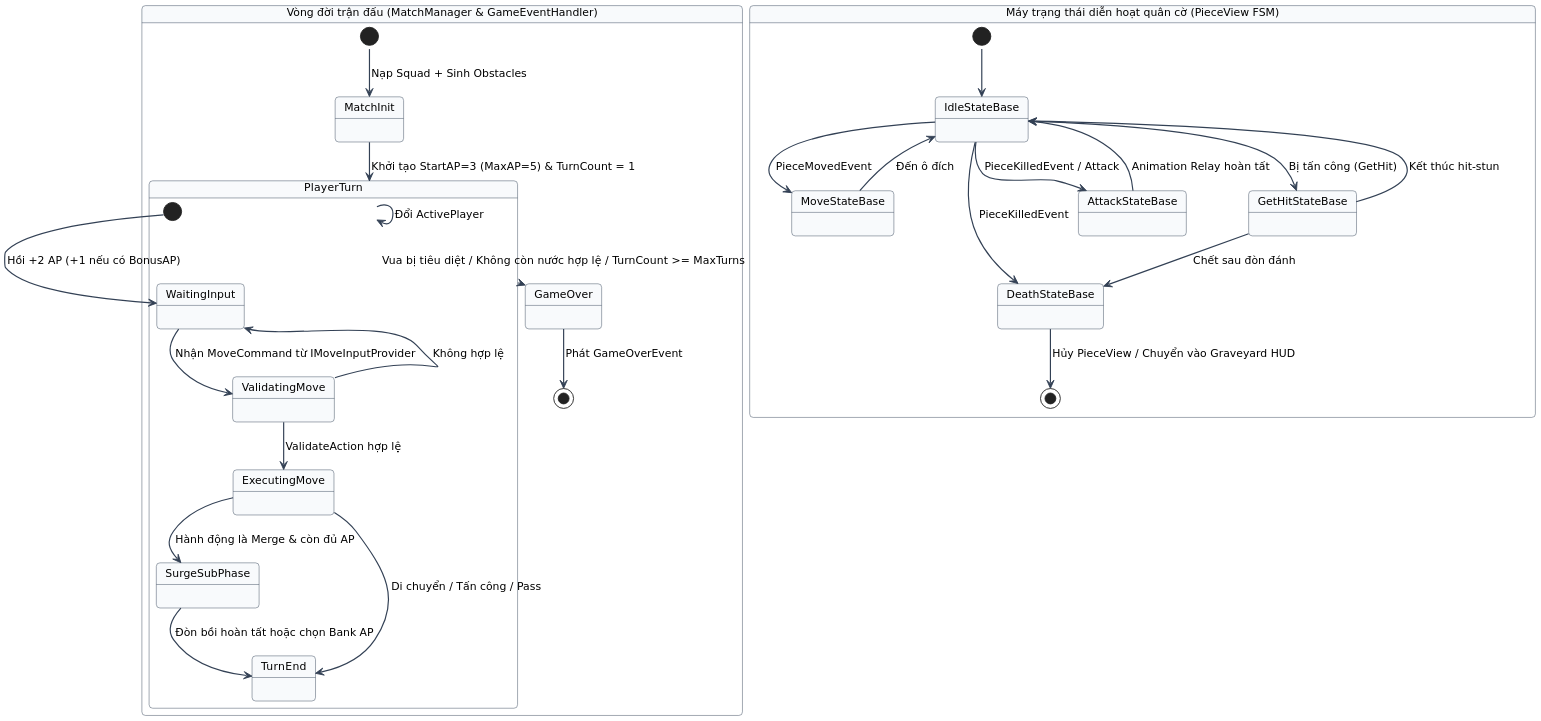
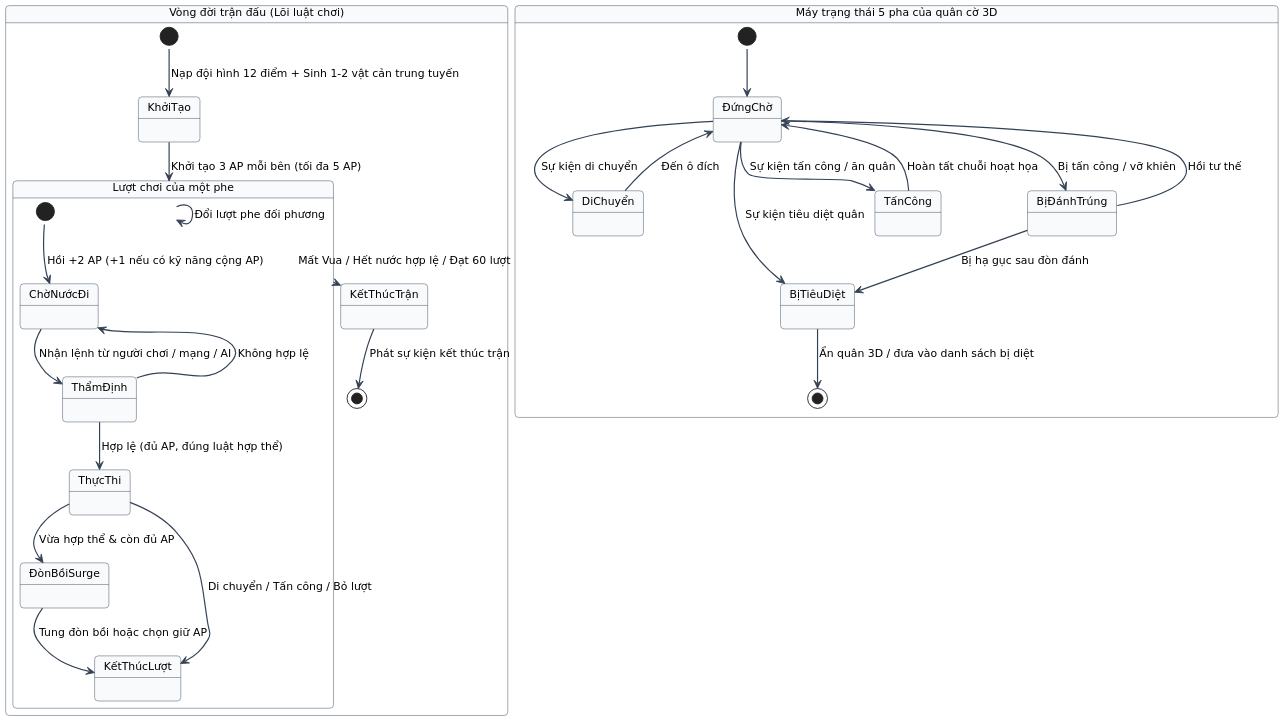
The diagram in Diagrams/puml/08_state_piece_and_match.puml (ThienVan1208/DACN-261-Report), drawn with PlantUML before and after one commit. The commit also changed 46 other files, not shown here.

```diff
--- a/Diagrams/puml/08_state_piece_and_match.puml
+++ b/Diagrams/puml/08_state_piece_and_match.puml
@@ -1,65 +1,43 @@
 @startuml
 !pragma layout smetana
 skinparam dpi 170
 skinparam backgroundColor #FFFFFF
 skinparam shadowing false
 skinparam defaultFontName "DejaVu Sans"
 skinparam defaultFontSize 12
 skinparam roundcorner 8
 skinparam ArrowColor #334155
 skinparam ArrowThickness 1.3
-skinparam BorderColor #475569
-skinparam ClassBackgroundColor #F8FAFC
-skinparam ClassBorderColor #334155
-skinparam ClassHeaderBackgroundColor #E2E8F0
-skinparam PackageBackgroundColor #FFFFFF
-skinparam PackageBorderColor #64748B
-skinparam ComponentBackgroundColor #F8FAFC
-skinparam ComponentBorderColor #334155
-skinparam RectangleBackgroundColor #F8FAFC
-skinparam RectangleBorderColor #334155
-skinparam UsecaseBackgroundColor #F1F5F9
-skinparam UsecaseBorderColor #334155
-skinparam ActorBackgroundColor #E2E8F0
-skinparam ActorBorderColor #334155
 skinparam StateBackgroundColor #F8FAFC
 skinparam StateBorderColor #334155
-skinparam SequenceParticipantBackgroundColor #F1F5F9
-skinparam SequenceParticipantBorderColor #334155
-skinparam SequenceLifeLineBorderColor #64748B
-skinparam SequenceGroupBackgroundColor #F8FAFC
-skinparam SequenceGroupBorderColor #94A3B8
-skinparam NoteBackgroundColor #FFFBEB
-skinparam NoteBorderColor #D97706
 
-
-state "Vòng đời trận đấu (MatchManager & GameEventHandler)" as MatchLife {
-  [*] --> MatchInit : Nạp Squad + Sinh Obstacles
-  MatchInit --> PlayerTurn : Khởi tạo StartAP=3 (MaxAP=5) & TurnCount = 1
-  state PlayerTurn {
-    [*] --> WaitingInput : Hồi +2 AP (+1 nếu có BonusAP)
-    WaitingInput --> ValidatingMove : Nhận MoveCommand từ IMoveInputProvider
-    ValidatingMove --> ExecutingMove : ValidateAction hợp lệ
-    ValidatingMove --> WaitingInput : Không hợp lệ
-    ExecutingMove --> SurgeSubPhase : Hành động là Merge & còn đủ AP
-    ExecutingMove --> TurnEnd : Di chuyển / Tấn công / Pass
-    SurgeSubPhase --> TurnEnd : Đòn bồi hoàn tất hoặc chọn Bank AP
+state "Vòng đời trận đấu (Lõi luật chơi)" as MatchLife {
+  [*] --> KhởiTạo : Nạp đội hình 12 điểm + Sinh 1-2 vật cản trung tuyến
+  KhởiTạo --> LượtChơi : Khởi tạo 3 AP mỗi bên (tối đa 5 AP)
+  state "Lượt chơi của một phe" as LượtChơi {
+    [*] --> ChờNướcĐi : Hồi +2 AP (+1 nếu có kỹ năng cộng AP)
+    ChờNướcĐi --> ThẩmĐịnh : Nhận lệnh từ người chơi / mạng / AI
+    ThẩmĐịnh --> ThựcThi : Hợp lệ (đủ AP, đúng luật hợp thể)
+    ThẩmĐịnh --> ChờNướcĐi : Không hợp lệ
+    ThựcThi --> ĐònBồiSurge : Vừa hợp thể & còn đủ AP
+    ThựcThi --> KếtThúcLượt : Di chuyển / Tấn công / Bỏ lượt
+    ĐònBồiSurge --> KếtThúcLượt : Tung đòn bồi hoặc chọn giữ AP
   }
-  PlayerTurn --> GameOver : Vua bị tiêu diệt / Không còn nước hợp lệ / TurnCount >= MaxTurns
-  PlayerTurn --> PlayerTurn : Đổi ActivePlayer
-  GameOver --> [*] : Phát GameOverEvent
+  LượtChơi --> KếtThúcTrận : Mất Vua / Hết nước hợp lệ / Đạt 60 lượt
+  LượtChơi --> LượtChơi : Đổi lượt phe đối phương
+  KếtThúcTrận --> [*] : Phát sự kiện kết thúc trận
 }
 
-state "Máy trạng thái diễn hoạt quân cờ (PieceView FSM)" as PieceFSM {
-  [*] --> IdleStateBase
-  IdleStateBase --> MoveStateBase : PieceMovedEvent
-  MoveStateBase --> IdleStateBase : Đến ô đích
-  IdleStateBase --> AttackStateBase : PieceKilledEvent / Attack
-  AttackStateBase --> IdleStateBase : Animation Relay hoàn tất
-  IdleStateBase --> GetHitStateBase : Bị tấn công (GetHit)
-  GetHitStateBase --> IdleStateBase : Kết thúc hit-stun
-  IdleStateBase --> DeathStateBase : PieceKilledEvent
-  GetHitStateBase --> DeathStateBase : Chết sau đòn đánh
-  DeathStateBase --> [*] : Hủy PieceView / Chuyển vào Graveyard HUD
+state "Máy trạng thái 5 pha của quân cờ 3D" as PieceFSM {
+  [*] --> ĐứngChờ
+  ĐứngChờ --> DiChuyển : Sự kiện di chuyển
+  DiChuyển --> ĐứngChờ : Đến ô đích
+  ĐứngChờ --> TấnCông : Sự kiện tấn công / ăn quân
+  TấnCông --> ĐứngChờ : Hoàn tất chuỗi hoạt họa
+  ĐứngChờ --> BịĐánhTrúng : Bị tấn công / vỡ khiên
+  BịĐánhTrúng --> ĐứngChờ : Hồi tư thế
+  ĐứngChờ --> BịTiêuDiệt : Sự kiện tiêu diệt quân
+  BịĐánhTrúng --> BịTiêuDiệt : Bị hạ gục sau đòn đánh
+  BịTiêuDiệt --> [*] : Ẩn quân 3D / đưa vào danh sách bị diệt
 }
 @enduml
```
